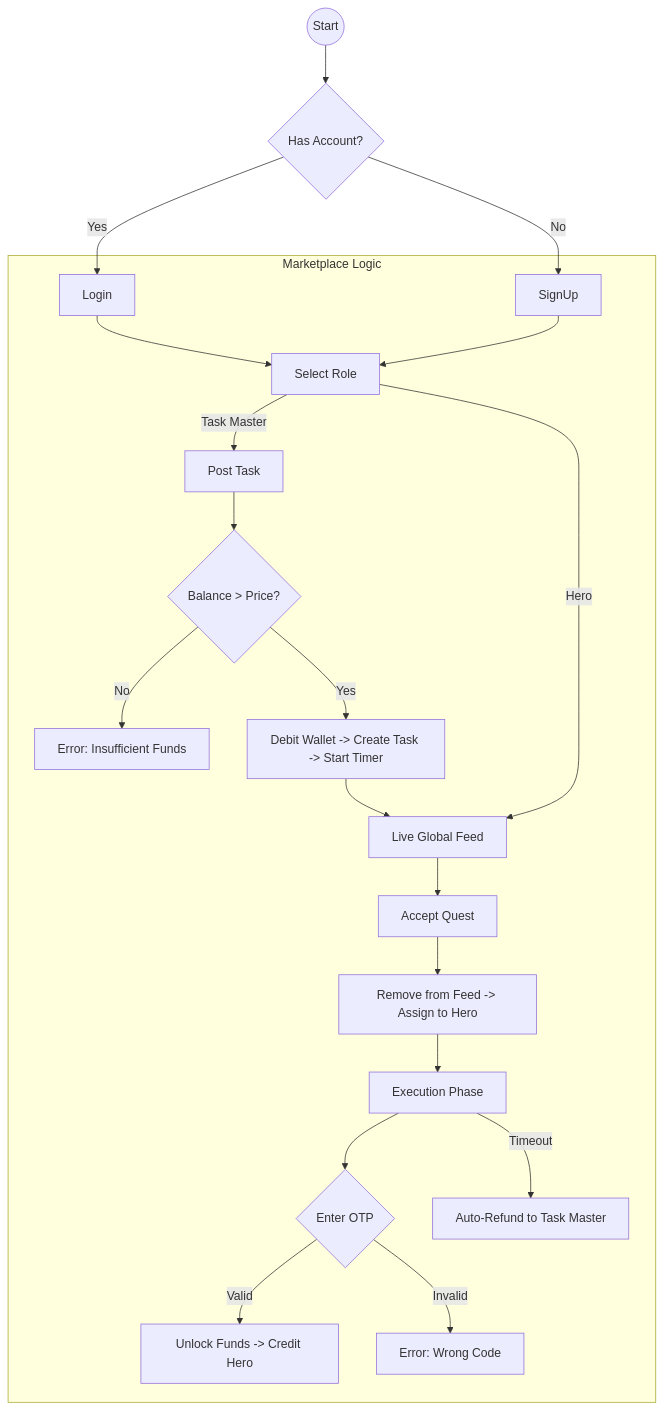
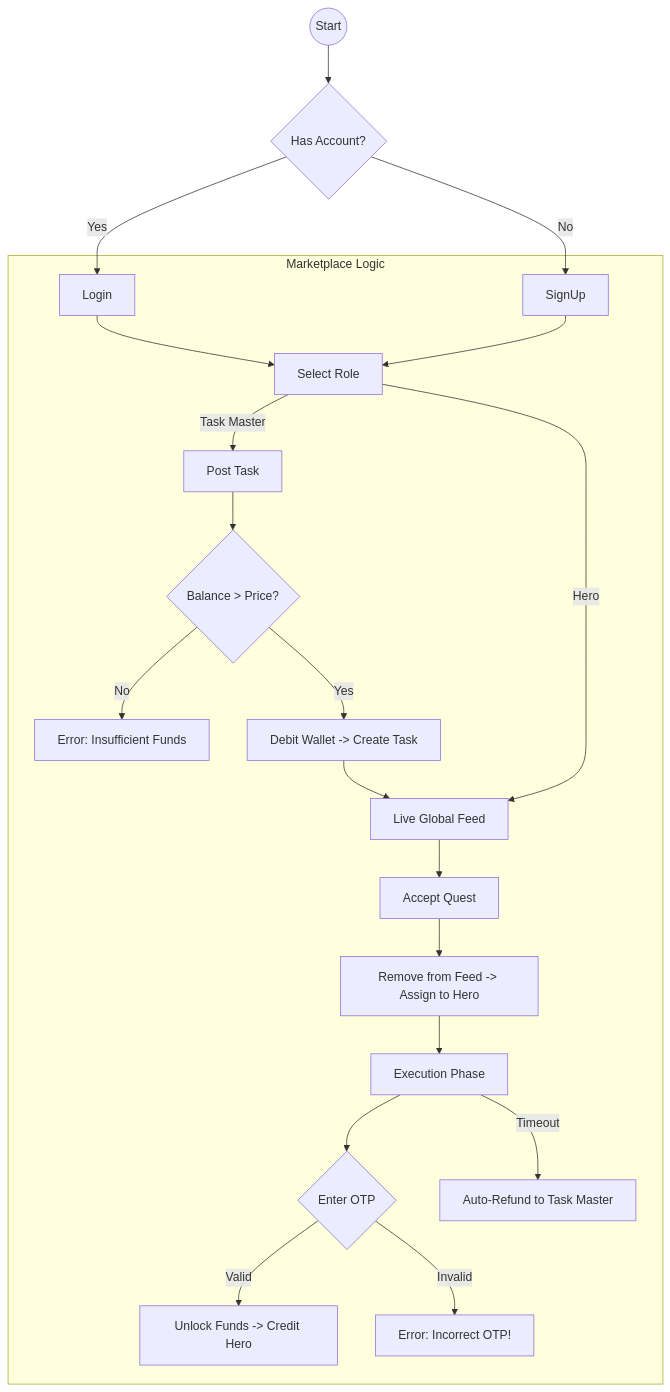
The second of 4 diagrams in TECHNICAL_ARCHITECTURE.md (arupdhara/arup-demo), drawn with Mermaid before and after one commit.

````diff
--- a/TECHNICAL_ARCHITECTURE.md
+++ b/TECHNICAL_ARCHITECTURE.md
@@ -20,34 +20,34 @@
 ```mermaid
 graph TD
     Start((Start)) --> Auth{Has Account?}
     Auth -- No --> SignUp
     Auth -- Yes --> Login[Login]
 
     subgraph "Marketplace Logic"
         Login --> Dashboard[Select Role]
         SignUp --> Dashboard 
         
         
         %% Posting Flow
         Dashboard -- Task Master --> Post[Post Task]
         Post --> Check{Balance > Price?}
         Check -- No --> Fail[Error: Insufficient Funds]
-        Check -- Yes --> Lock[Debit Wallet -> Create Task -> Start Timer]
+        Check -- Yes --> Lock[Debit Wallet -> Create Task]
         
         %% Hero Flow
         Lock --> Feed[Live Global Feed]
         Dashboard -- Hero --> Feed
         Feed --> Accept[Accept Quest]
         Accept --> Remove[Remove from Feed -> Assign to Hero]
         
         %% Completion Flow
         Remove --> Execute[Execution Phase]
         Execute --> Verify{Enter OTP}
         
         Verify -- Valid --> Success[Unlock Funds -> Credit Hero]
-        Verify -- Invalid --> Retry[Error: Wrong Code]
+        Verify -- Invalid --> Retry[Error: Incorrect OTP!]
         
         %% Auto-Refund Logic
         Execute -- Timeout --> Refund[Auto-Refund to Task Master]
     end
 ```
````
